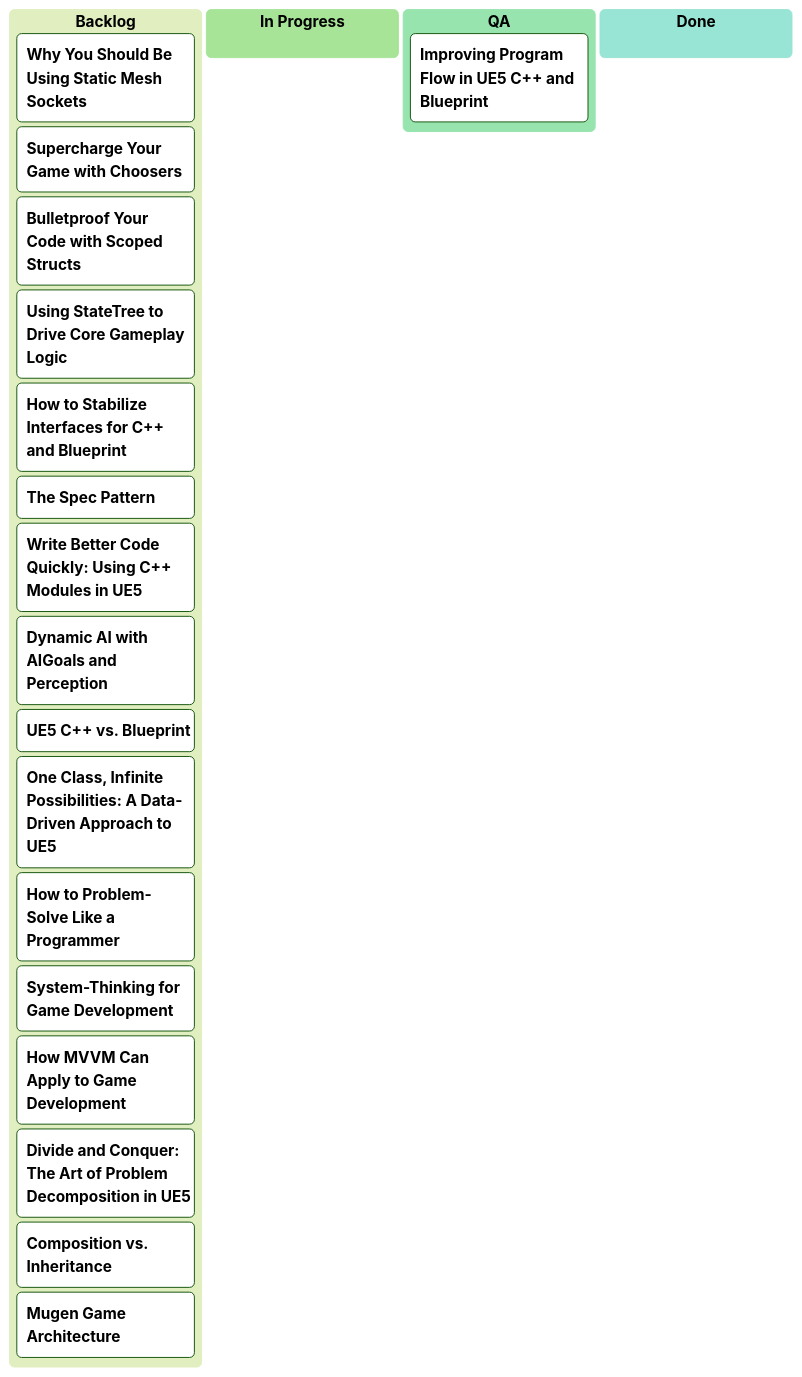
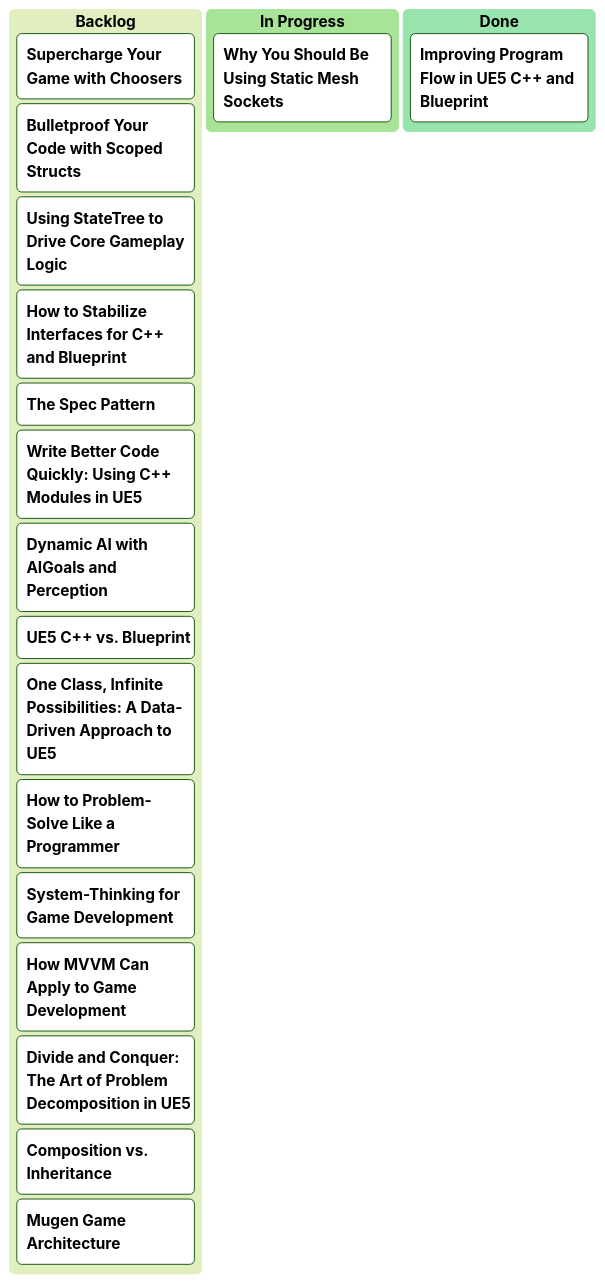
One commit to mugenmelon/mugenmelon.github.io changed the diagram in kanban.md. Above: the diagram before and after it, drawn with Mermaid (forest theme). The commit also changed 2 other files, not shown here.

Commit message:
Ready for publish

```diff
--- a/kanban.md
+++ b/kanban.md
@@ -8,25 +8,24 @@
 <pre class="mermaid">
 kanban
     ["`**Backlog**`"]
-        ["`**Why You Should Be Using Static Mesh Sockets**`"]
         ["`**Supercharge Your Game with Choosers**`"]
         ["`**Bulletproof Your Code with Scoped Structs**`"]
         ["`**Using StateTree to Drive Core Gameplay Logic**`"]
         ["`**How to Stabilize Interfaces for C++ and Blueprint**`"]
         ["`**The Spec Pattern**`"]
         ["`**Write Better Code Quickly: Using C++ Modules in UE5**`"]
         ["`**Dynamic AI with AIGoals and Perception**`"]
         
         ["`**UE5 C++ vs. Blueprint**`"]
         ["`**One Class, Infinite Possibilities: A Data-Driven Approach to UE5**`"]
         ["`**How to Problem-Solve Like a Programmer**`"]
         ["`**System-Thinking for Game Development**`"]
         ["`**How MVVM Can Apply to Game Development**`"]
         ["`**Divide and Conquer: The Art of Problem Decomposition in UE5**`"]
         ["`**Composition vs. Inheritance**`"]
         ["`**Mugen Game Architecture**`"]
     ["`**In Progress**`"]
-    ["`**QA**`"]
+        ["`**Why You Should Be Using Static Mesh Sockets**`"]
+    ["`**Done**`"]
         ["`**Improving Program Flow in UE5 C++ and Blueprint**`"]
-    ["`**Done**`"]
 </pre>
```
